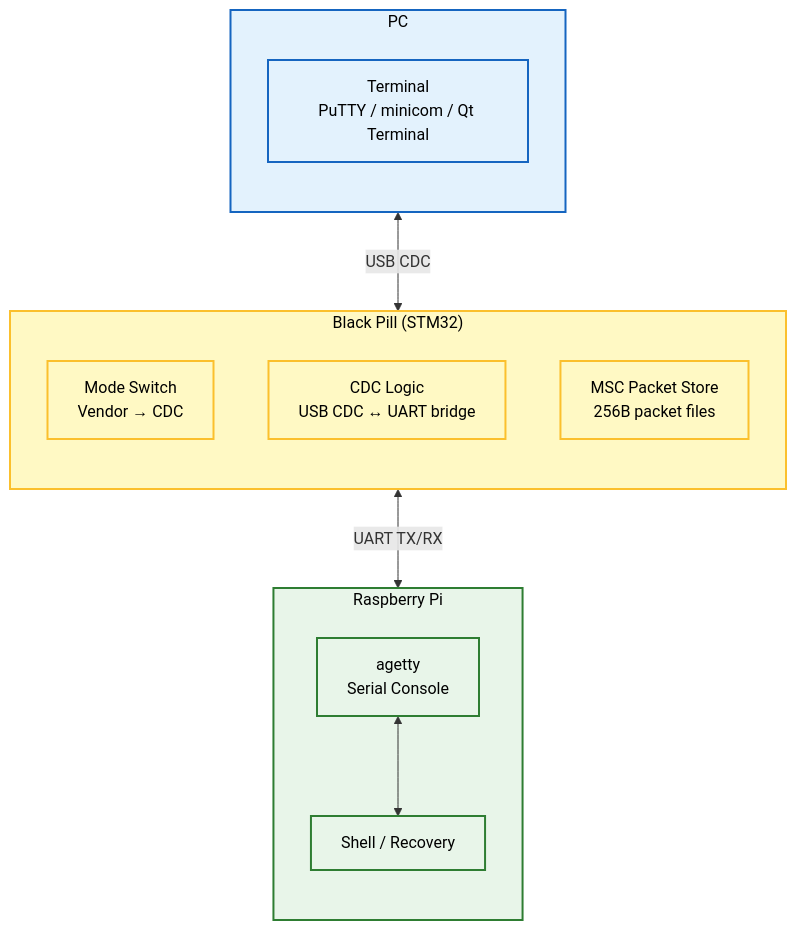
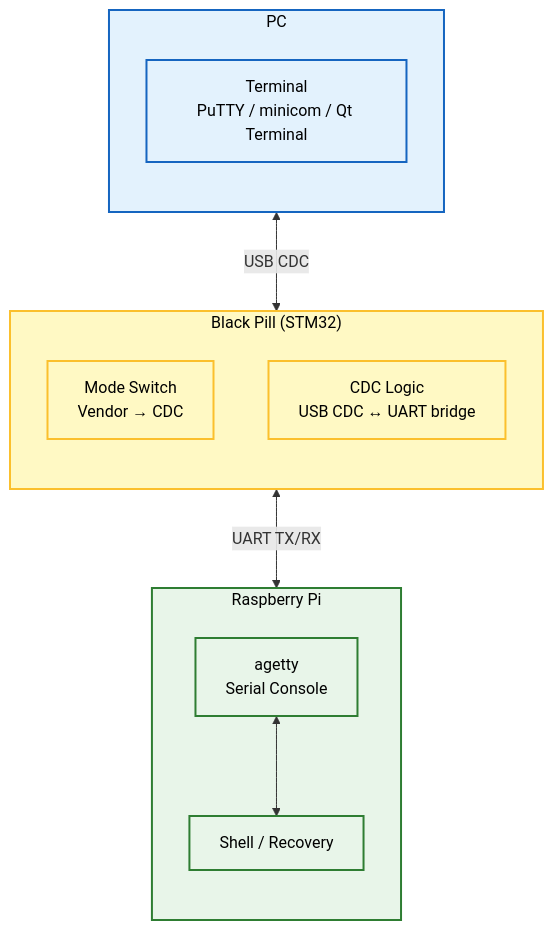
Before and after one commit to ChangHoiAn/example: the third of 4 diagrams in README.md, drawn with Mermaid. The commit also changed other lines of this file, not shown here.

````diff
--- a/README.md
+++ b/README.md
@@ -129,34 +143,32 @@
 ```mermaid
 %%{init: {"themeVariables": {"fontSize": "16px"}, "flowchart": {"useMaxWidth": true, "nodeSpacing": 55, "rankSpacing": 75, "diagramPadding": 10}}}%%
 flowchart TB
   classDef pc fill:#e3f2fd,stroke:#1565c0,stroke-width:2px,color:black;
   classDef mcu fill:#fff9c4,stroke:#fbc02d,stroke-width:2px,color:black;
   classDef rpi fill:#e8f5e9,stroke:#2e7d32,stroke-width:2px,color:black;
-  classDef usb fill:#f3e5f5,stroke:#7b1fa2,stroke-width:2px,stroke-dasharray: 5 5,color:black;
 
   subgraph PC_Group ["PC"]
     direction TB
     TERM["Terminal<br/>PuTTY / minicom / Qt Terminal"]
   end
 
   subgraph STM32_Group ["Black Pill (STM32)"]
     direction TB
     MODE["Mode Switch<br/>Vendor → CDC"]
     CDCFW["CDC Logic<br/>USB CDC ↔ UART bridge"]
-    MSCFW["MSC Packet Store<br/>256B packet files"]
   end
 
   subgraph RPI_Group ["Raspberry Pi"]
     direction TB
     AGETTY["agetty<br/>Serial Console"]
     SHELL["Shell / Recovery"]
     AGETTY <--> SHELL
   end
 
   TERM <--> |USB CDC| CDCFW
   CDCFW <--> |UART TX/RX| AGETTY
 
   class PC_Group,TERM pc;
-  class STM32_Group,MODE,CDCFW,MSCFW mcu;
+  class STM32_Group,MODE,CDCFW mcu;
   class RPI_Group,AGETTY,SHELL rpi;
 ```
````
